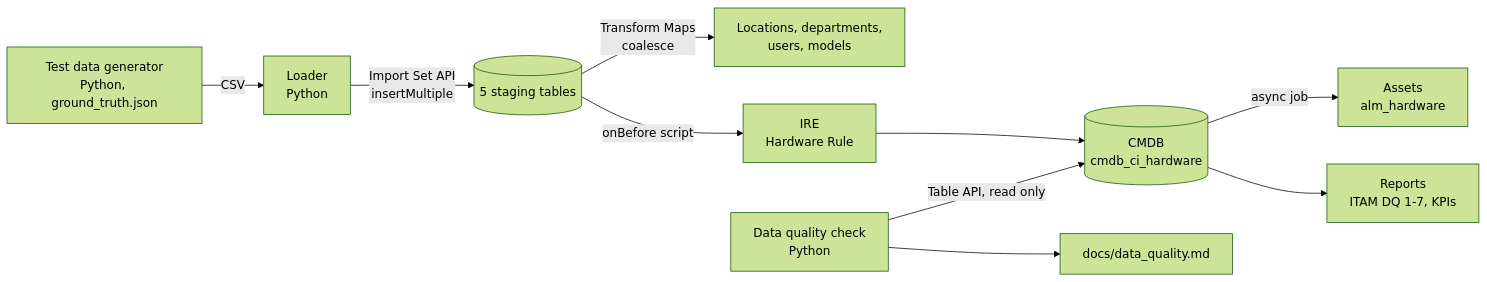
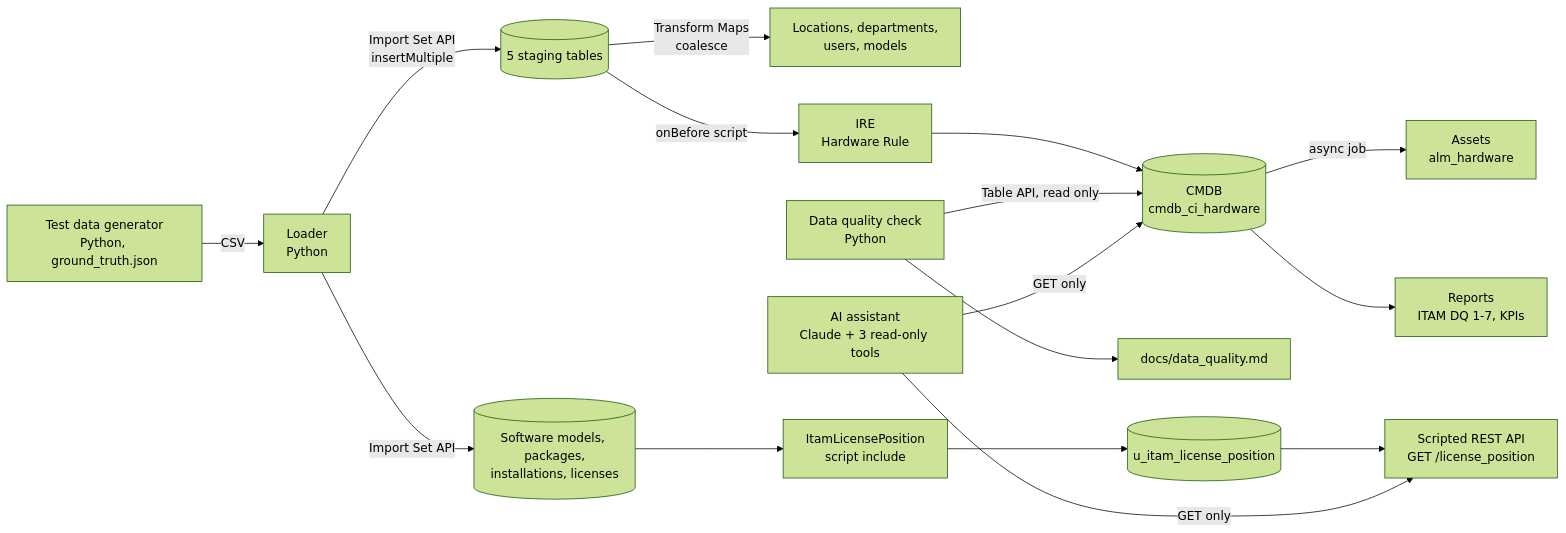
Before and after one commit to itam-automation/servicenow-itam-demo: the diagram in README.md, drawn with Mermaid (forest theme). The commit also changed other lines of this file and 7 other files, not shown here.

````diff
--- a/README.md
+++ b/README.md
@@ -43,12 +45,18 @@
 ```mermaid
 flowchart LR
   G["Test data generator<br/>Python, ground_truth.json"] -->|CSV| L["Loader<br/>Python"]
   L -->|"Import Set API<br/>insertMultiple"| S[("5 staging tables")]
   S -->|"Transform Maps<br/>coalesce"| M["Locations, departments,<br/>users, models"]
   S -->|"onBefore script"| IRE["IRE<br/>Hardware Rule"]
   IRE --> CMDB[("CMDB<br/>cmdb_ci_hardware")]
   CMDB -->|"async job"| A["Assets<br/>alm_hardware"]
   CMDB --> R["Reports<br/>ITAM DQ 1-7, KPIs"]
   Q["Data quality check<br/>Python"] -->|"Table API, read only"| CMDB
   Q --> D["docs/data_quality.md"]
+  L -->|"Import Set API"| SW[("Software models, packages,<br/>installations, licenses")]
+  SW --> LP["ItamLicensePosition<br/>script include"]
+  LP --> POS[("u_itam_license_position")]
+  POS --> API["Scripted REST API<br/>GET /license_position"]
+  AI["AI assistant<br/>Claude + 3 read-only tools"] -->|"GET only"| CMDB
+  AI -->|"GET only"| API
 ```
````
